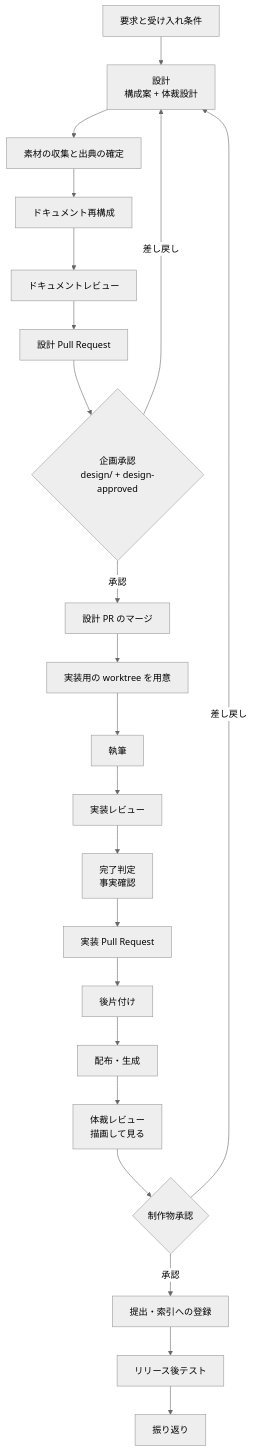
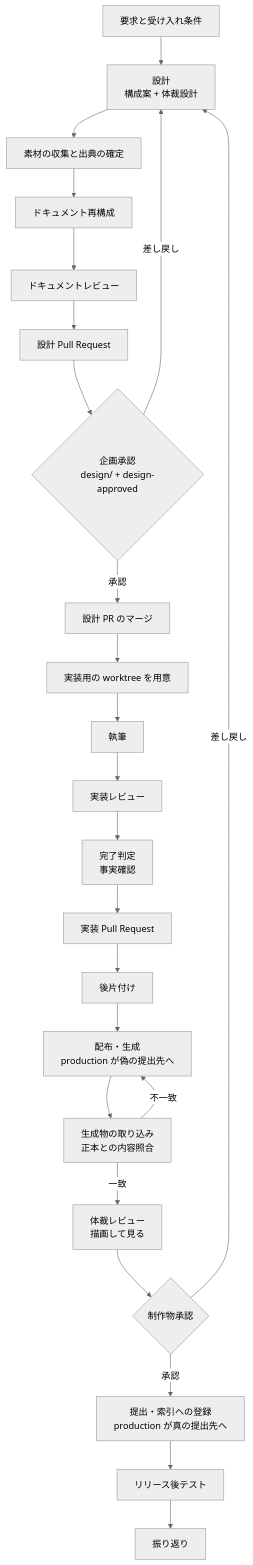
The second of 2 diagrams in issues/milestone-10-design.md (devbasex/ai-plugins), drawn with Mermaid (neutral theme) before and after one commit. The commit also changed other lines of this file and 1 other file, not shown here.

````diff
--- a/issues/milestone-10-design.md
+++ b/issues/milestone-10-design.md
@@ -200,24 +205,26 @@
 ```mermaid
 flowchart TD
     A[要求と受け入れ条件] --> B[設計<br/>構成案 + 体裁設計]
     B --> C[素材の収集と出典の確定]
     C --> D[ドキュメント再構成]
     D --> E[ドキュメントレビュー]
     E --> P1[設計 Pull Request]
     P1 --> Q{企画承認<br/>design/ + design-approved}
     Q -->|差し戻し| B
     Q -->|承認| R1[設計 PR のマージ]
     R1 --> W[実装用の worktree を用意]
     W --> F[執筆]
     F --> G[実装レビュー]
     G --> H[完了判定<br/>事実確認]
     H --> I[実装 Pull Request]
     I --> J[後片付け]
-    J --> K[配布・生成]
-    K --> L[体裁レビュー<br/>描画して見る]
+    J --> K[配布・生成<br/>production が偽の提出先へ]
+    K --> K2[生成物の取り込み<br/>正本との内容照合]
+    K2 -->|不一致| K
+    K2 -->|一致| L[体裁レビュー<br/>描画して見る]
     L --> M{制作物承認}
     M -->|差し戻し| B
-    M -->|承認| N[提出・索引への登録]
+    M -->|承認| N[提出・索引への登録<br/>production が真の提出先へ]
     N --> O[リリース後テスト]
     O --> V[振り返り]
 ```
````
